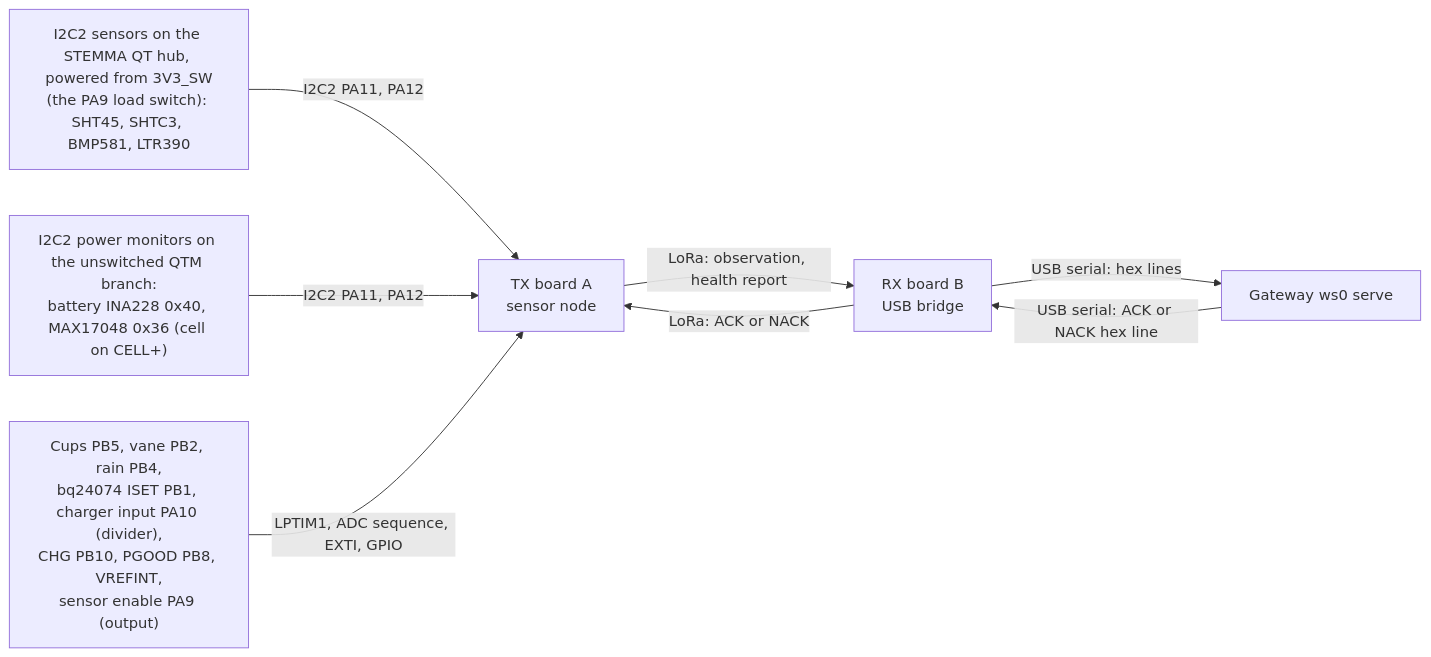
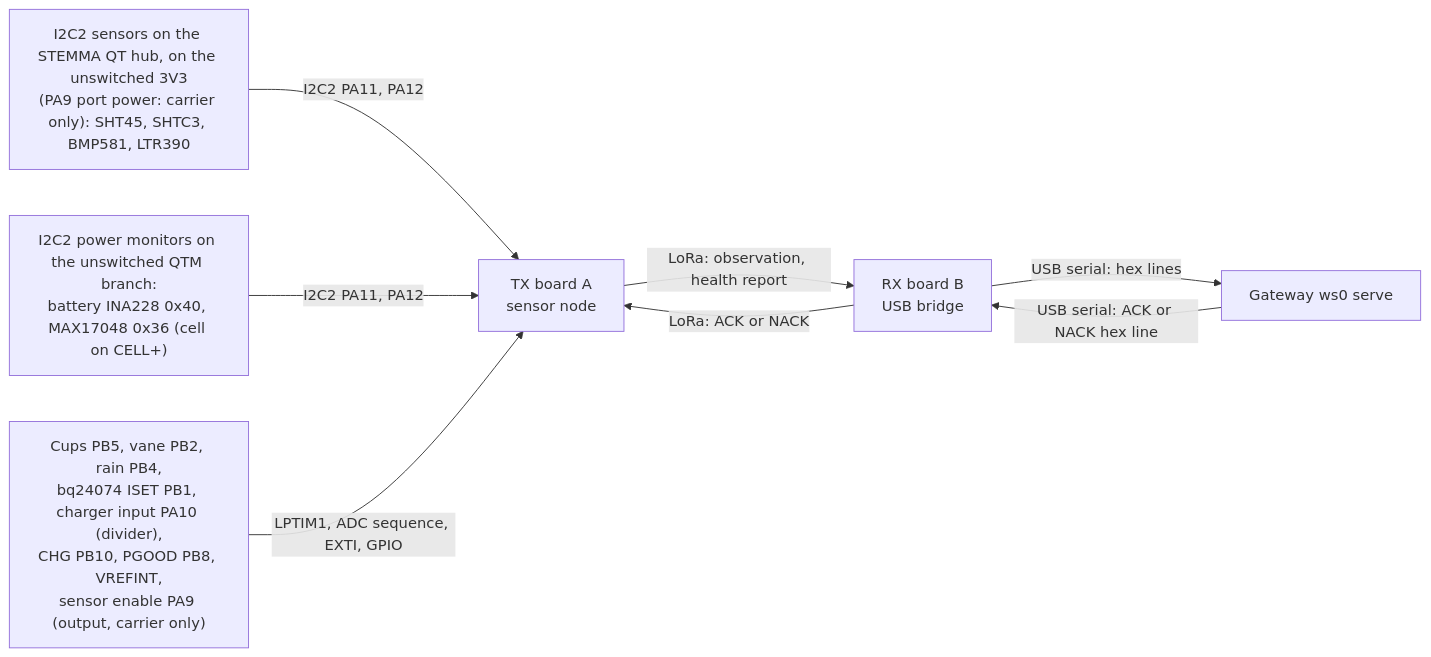
The first of 8 diagrams in firmware/stage0-node/README.md (clintecker/weather-station-2026), drawn with Mermaid before and after one commit. The commit also changed other lines of this file and 87 other files, not shown here.

````diff
--- a/firmware/stage0-node/README.md
+++ b/firmware/stage0-node/README.md
@@ -15,10 +15,10 @@
 ```mermaid
 flowchart LR
-  I2C["I2C2 sensors on the STEMMA QT hub, powered from 3V3_SW<br/>(the PA9 load switch): SHT45, SHTC3, BMP581, LTR390"] -->|"I2C2 PA11, PA12"| TX["TX board A<br/>sensor node"]
+  I2C["I2C2 sensors on the STEMMA QT hub, on the unswitched 3V3<br/>(PA9 port power: carrier only): SHT45, SHTC3, BMP581, LTR390"] -->|"I2C2 PA11, PA12"| TX["TX board A<br/>sensor node"]
   MON["I2C2 power monitors on the unswitched QTM branch:<br/>battery INA228 0x40, MAX17048 0x36 (cell on CELL+)"] -->|"I2C2 PA11, PA12"| TX
-  PINS["Cups PB5, vane PB2, rain PB4,<br/>bq24074 ISET PB1, charger input PA10 (divider),<br/>CHG PB10, PGOOD PB8, VREFINT,<br/>sensor enable PA9 (output)"] -->|"LPTIM1, ADC sequence, EXTI, GPIO"| TX
+  PINS["Cups PB5, vane PB2, rain PB4,<br/>bq24074 ISET PB1, charger input PA10 (divider),<br/>CHG PB10, PGOOD PB8, VREFINT,<br/>sensor enable PA9 (output, carrier only)"] -->|"LPTIM1, ADC sequence, EXTI, GPIO"| TX
   TX -->|"LoRa: observation, health report"| RX["RX board B<br/>USB bridge"]
   RX -->|"LoRa: ACK or NACK"| TX
   RX -->|"USB serial: hex lines"| GW["Gateway ws0 serve"]
   GW -->|"USB serial: ACK or NACK hex line"| RX
 ```
````
